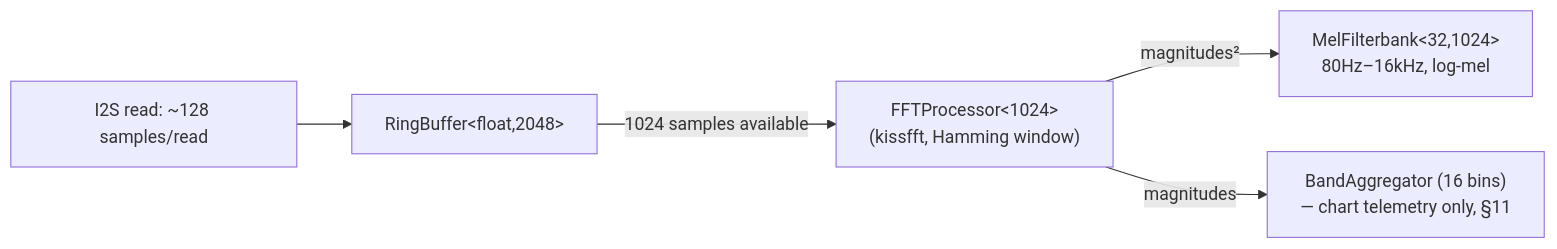
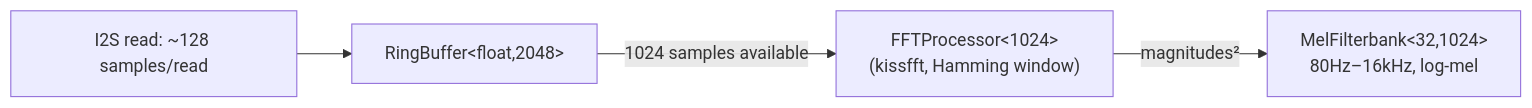
The second of 4 diagrams in BEAT_DETECTION.md (dinther/tapbox), drawn with Mermaid before and after one commit. The commit also changed other lines of this file and 22 other files, not shown here.

````diff
--- a/BEAT_DETECTION.md
+++ b/BEAT_DETECTION.md
@@ -103,7 +79,6 @@
 ```mermaid
 flowchart LR
     I2S["I2S read: ~128 samples/read"] --> RING["RingBuffer&lt;float,2048&gt;"]
     RING -->|"1024 samples available"| FFT["FFTProcessor&lt;1024&gt;<br/>(kissfft, Hamming window)"]
     FFT -->|"magnitudes²"| MEL["MelFilterbank&lt;32,1024&gt;<br/>80Hz–16kHz, log-mel"]
-    FFT -->|"magnitudes"| BAND["BandAggregator (16 bins)<br/>— chart telemetry only, §11"]
 ```
````
